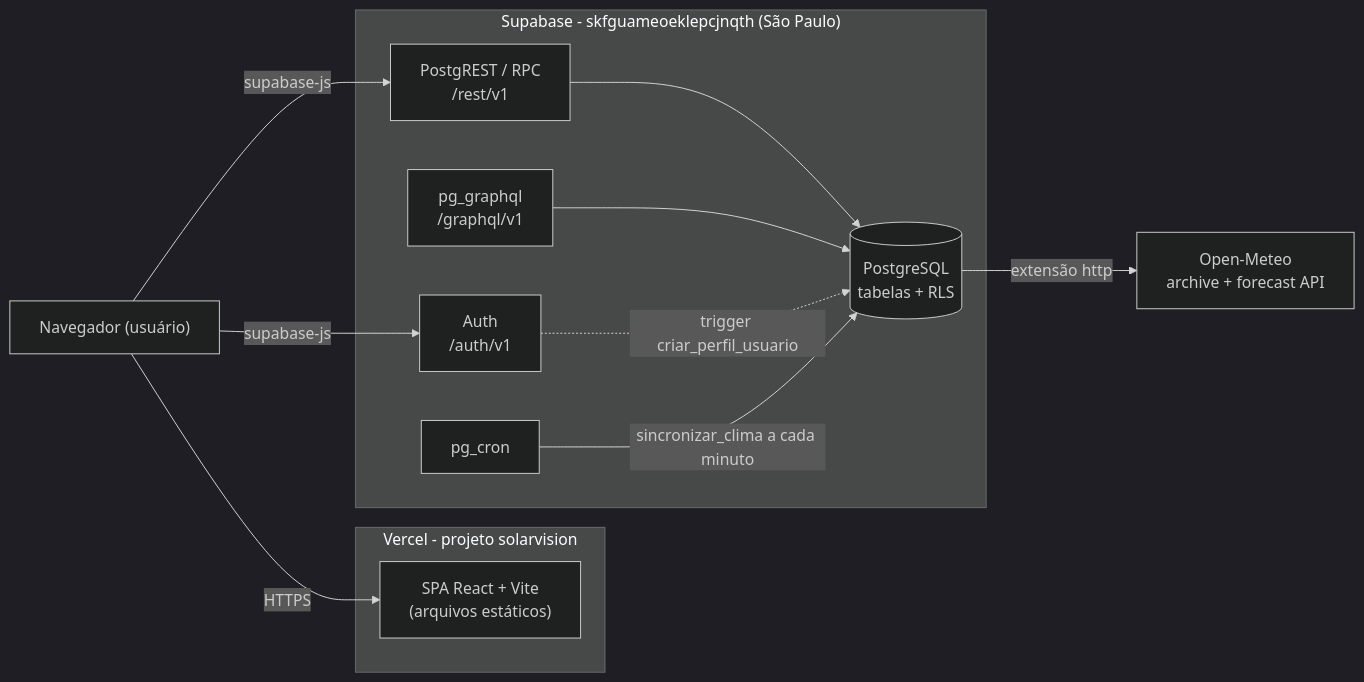
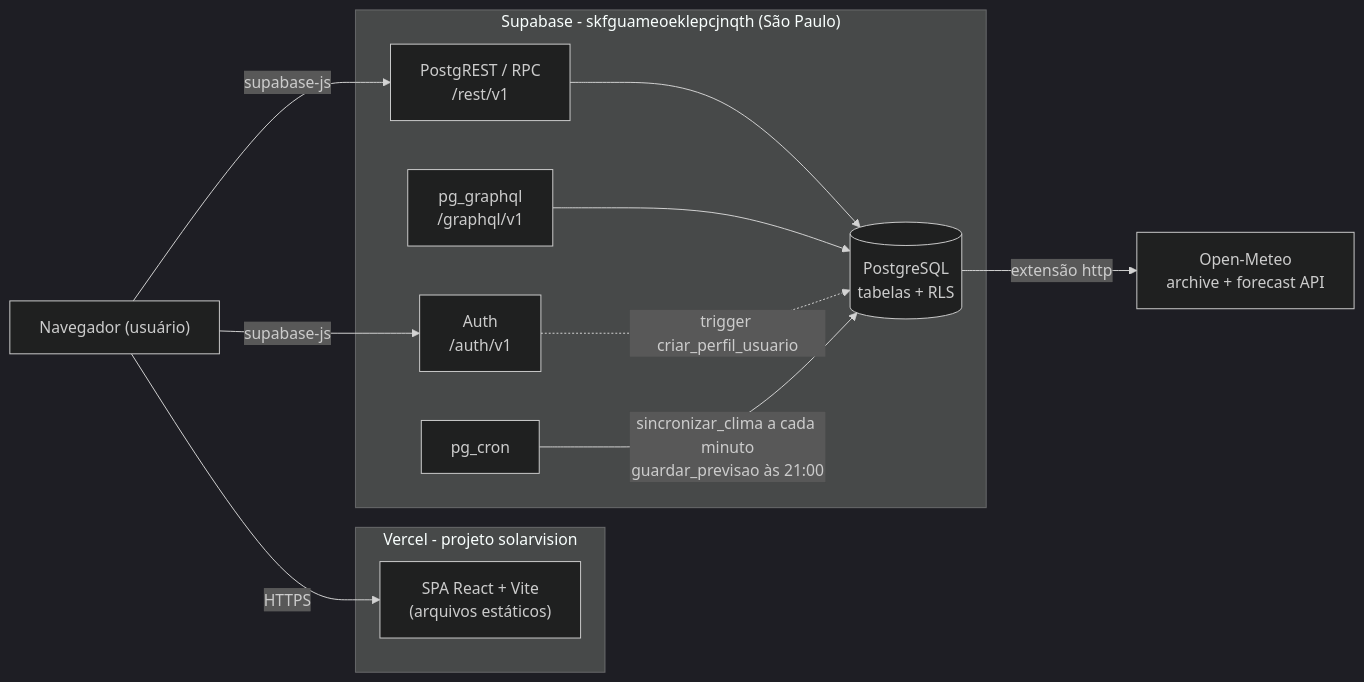
One commit to danieltanjos/SolarVision changed the first of 4 diagrams in docs/ARQUITETURA.md. Above: the diagram before and after it, drawn with Mermaid (dark theme). The commit also changed other lines of this file and 7 other files, not shown here.

````diff
--- a/docs/ARQUITETURA.md
+++ b/docs/ARQUITETURA.md
@@ -15,27 +15,27 @@
 ```mermaid
 flowchart LR
     browser["Navegador (usuário)"]
 
     subgraph vercel["Vercel - projeto solarvision"]
         spa["SPA React + Vite<br/>(arquivos estáticos)"]
     end
 
     subgraph supa["Supabase - skfguameoeklepcjnqth (São Paulo)"]
         auth["Auth<br/>/auth/v1"]
         rest["PostgREST / RPC<br/>/rest/v1"]
         gql["pg_graphql<br/>/graphql/v1"]
         db[("PostgreSQL<br/>tabelas + RLS")]
         cron["pg_cron"]
     end
 
     meteo["Open-Meteo<br/>archive + forecast API"]
 
     browser -->|HTTPS| spa
     browser -->|supabase-js| auth
     browser -->|supabase-js| rest
     rest --> db
     gql --> db
     auth -.->|trigger criar_perfil_usuario| db
-    cron -->|sincronizar_clima a cada minuto| db
+    cron -->|sincronizar_clima a cada minuto<br/>guardar_previsao às 21:00| db
     db -->|extensão http| meteo
 ```
````
